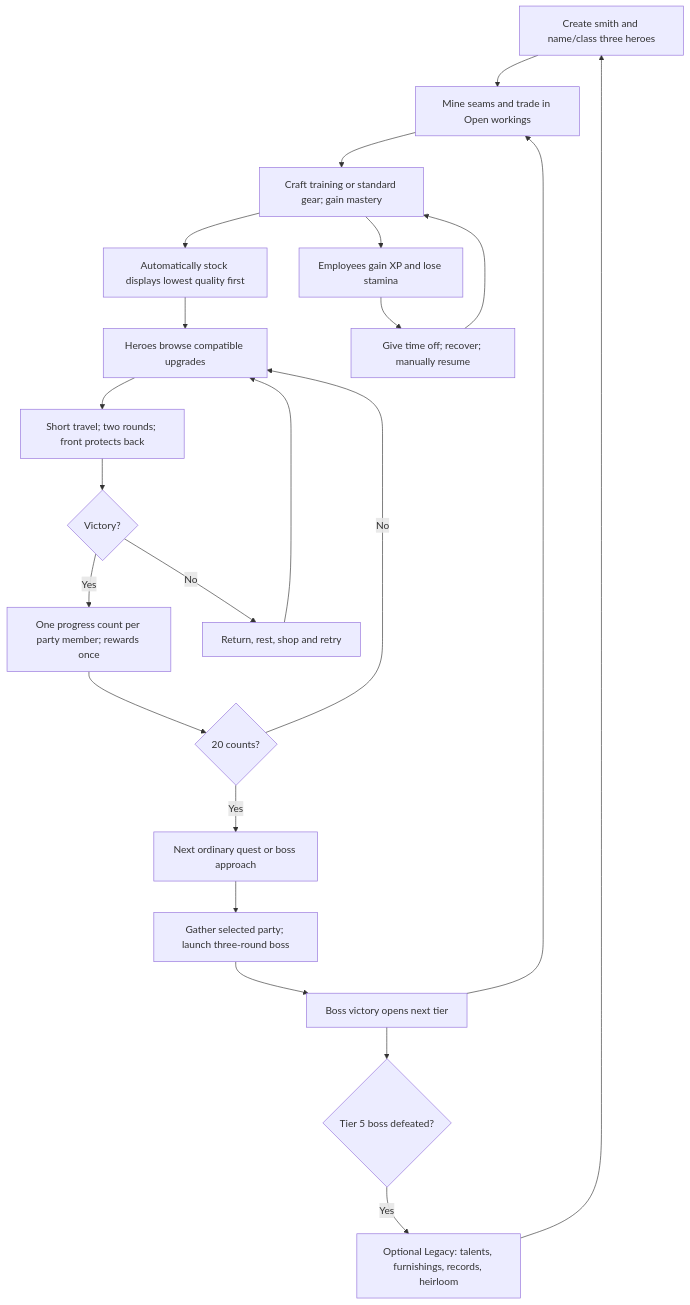
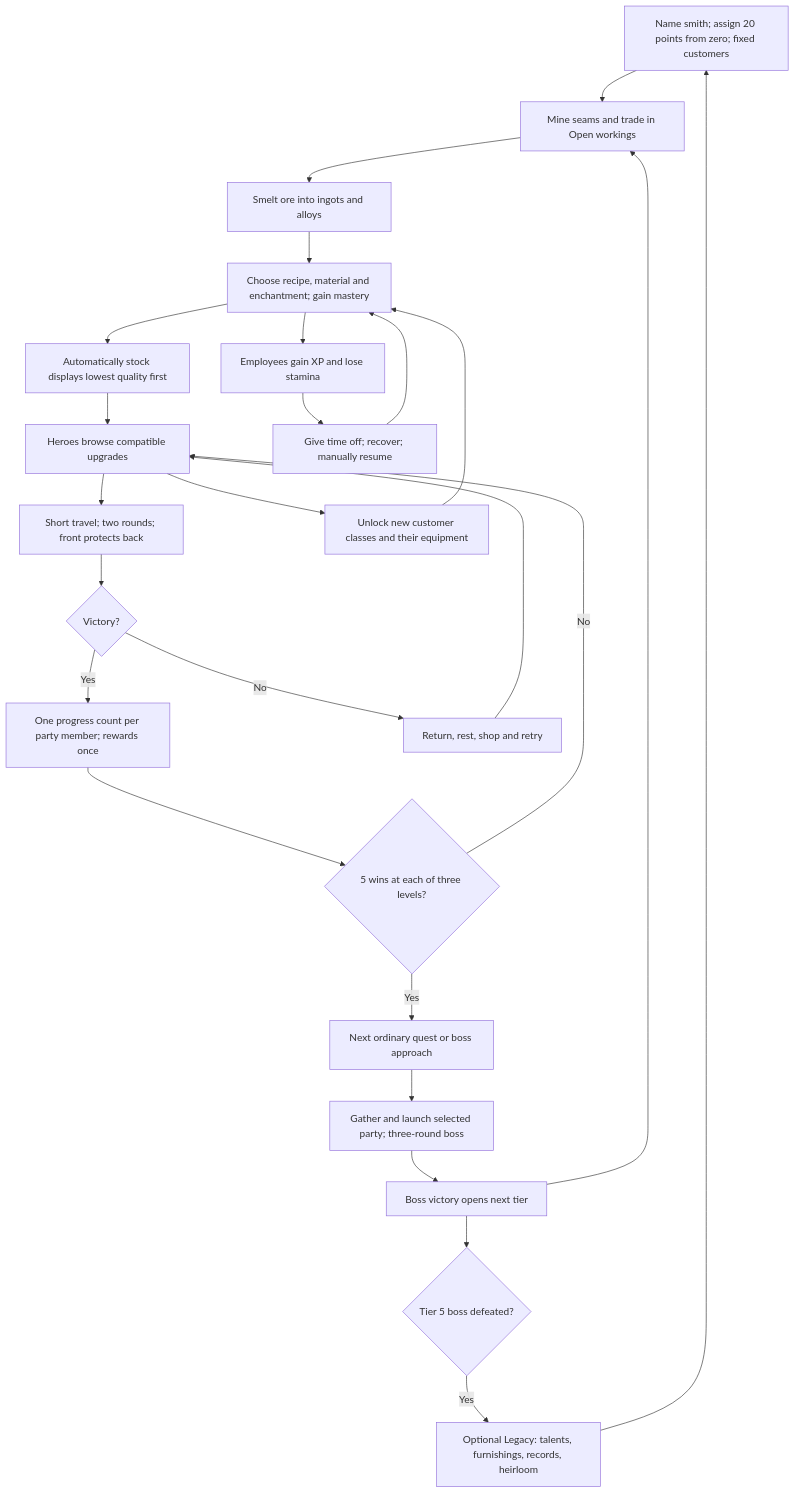
One commit to DaniMo8/Ember-and-Iron changed the diagram in design/diagrams/game-flow.mmd. Above: the diagram before and after it, drawn with Mermaid. The commit also changed 26 other files, not shown here.

```diff
--- a/design/diagrams/game-flow.mmd
+++ b/design/diagrams/game-flow.mmd
@@ -1,22 +1,25 @@
 flowchart TD
-  C[Create smith and name/class three heroes] --> M[Mine seams and trade in Open workings]
-  M --> F[Craft training or standard gear; gain mastery]
+  C[Name smith; assign 20 points from zero; fixed customers] --> M[Mine seams and trade in Open workings]
+  M --> A[Smelt ore into ingots and alloys]
+  A --> F[Choose recipe, material and enchantment; gain mastery]
   F --> S[Automatically stock displays lowest quality first]
   S --> B[Heroes browse compatible upgrades]
   B --> Q[Short travel; two rounds; front protects back]
   Q --> W{Victory?}
   W -->|Yes| P[One progress count per party member; rewards once]
   W -->|No| R[Return, rest, shop and retry]
   R --> B
-  P --> G{20 counts?}
+  P --> G{5 wins at each of three levels?}
   G -->|No| B
   G -->|Yes| N[Next ordinary quest or boss approach]
-  N --> H[Gather selected party; launch three-round boss]
+  N --> H[Gather and launch selected party; three-round boss]
   H --> T[Boss victory opens next tier]
   T --> M
   T --> L{Tier 5 boss defeated?}
   L -->|Yes| X[Optional Legacy: talents, furnishings, records, heirloom]
   X --> C
   F --> E[Employees gain XP and lose stamina]
   E --> O[Give time off; recover; manually resume]
   O --> F
+  B --> U[Unlock new customer classes and their equipment]
+  U --> F
```
